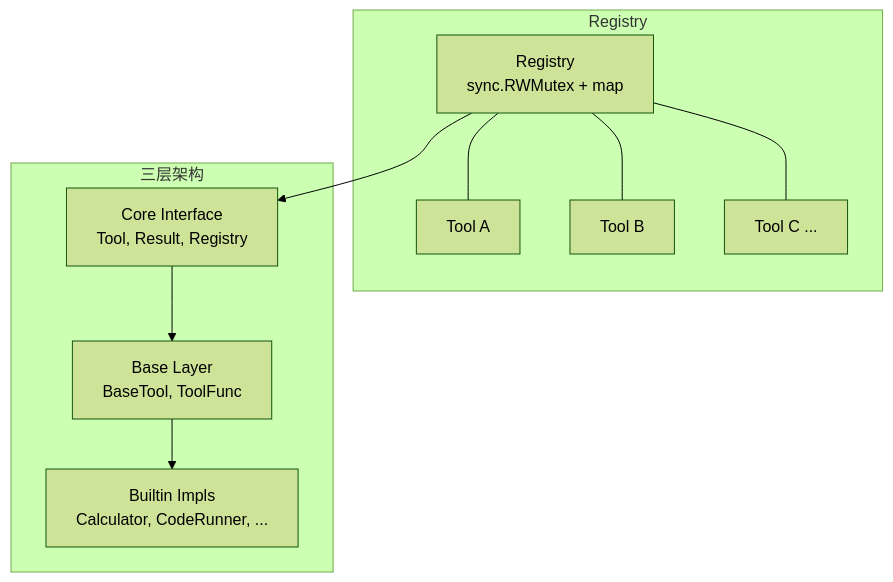
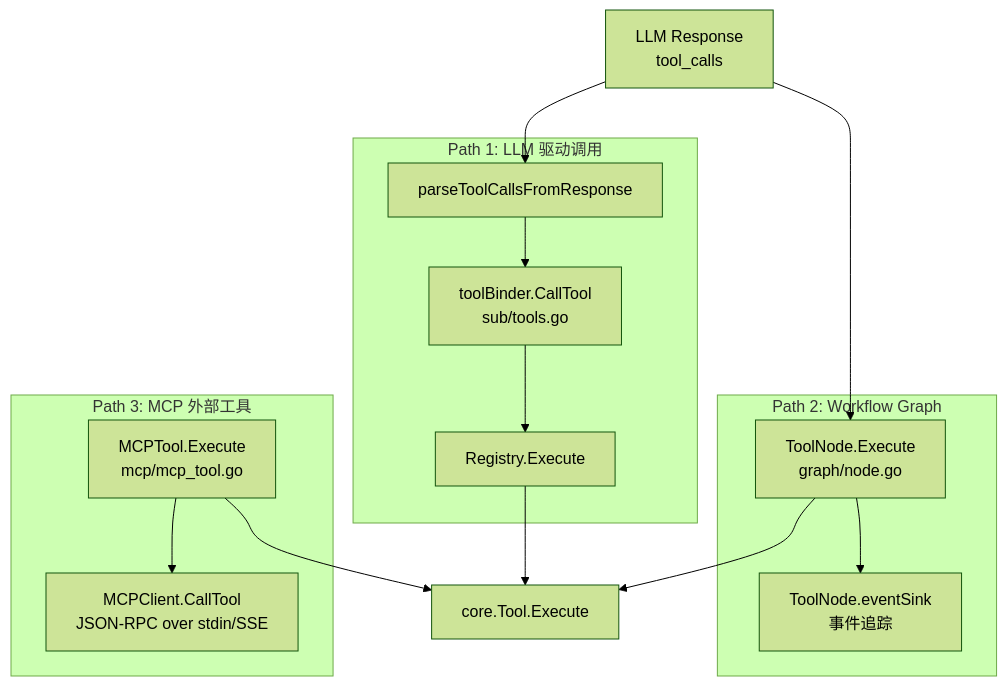
Before and after one commit to Timwood0x10/ARES: the first of 2 diagrams in docs/articles/zh/tool-system-deep-dive.md, drawn with Mermaid (forest theme). The commit also changed other lines of this file and 31 other files, not shown here.

````diff
--- a/docs/articles/zh/tool-system-deep-dive.md
+++ b/docs/articles/zh/tool-system-deep-dive.md
@@ -24,20 +11,23 @@
 ```mermaid
 graph TB
-    subgraph "Registry"
-        REG[Registry<br/>sync.RWMutex + map]
-        T1[Tool A]
-        T2[Tool B]
-        TN[Tool C ...]
-        REG --- T1
-        REG --- T2
-        REG --- TN
+    LLM[LLM Response<br/>tool_calls]
+    subgraph "Path 1: LLM 驱动调用"
+        P1A[parseToolCallsFromResponse]
+        P1B[toolBinder.CallTool<br/>sub/tools.go]
+        P1C[Registry.Execute]
     end
-    subgraph "三层架构"
-        CI[Core Interface<br/>Tool, Result, Registry]
-        BL[Base Layer<br/>BaseTool, ToolFunc]
-        BI[Builtin Impls<br/>Calculator, CodeRunner, ...]
+    subgraph "Path 2: Workflow Graph"
+        P2A[ToolNode.Execute<br/>graph/node.go]
+        P2B[ToolNode.eventSink<br/>事件追踪]
     end
-    REG --> CI
-    CI --> BL
-    BL --> BI
+    subgraph "Path 3: MCP 外部工具"
+        P3A[MCPTool.Execute<br/>mcp/mcp_tool.go]
+        P3B[MCPClient.CallTool<br/>JSON-RPC over stdin/SSE]
+    end
+    LLM --> P1A --> P1B --> P1C
+    LLM --> P2A --> P2B
+    P3A --> P3B
+    P1C --> TOOL[core.Tool.Execute]
+    P2A --> TOOL
+    P3A --> TOOL
 ```
````
